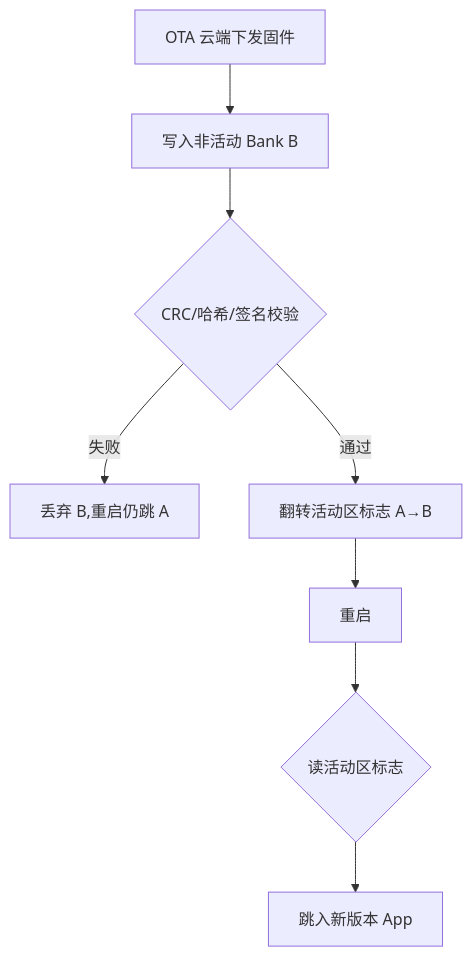
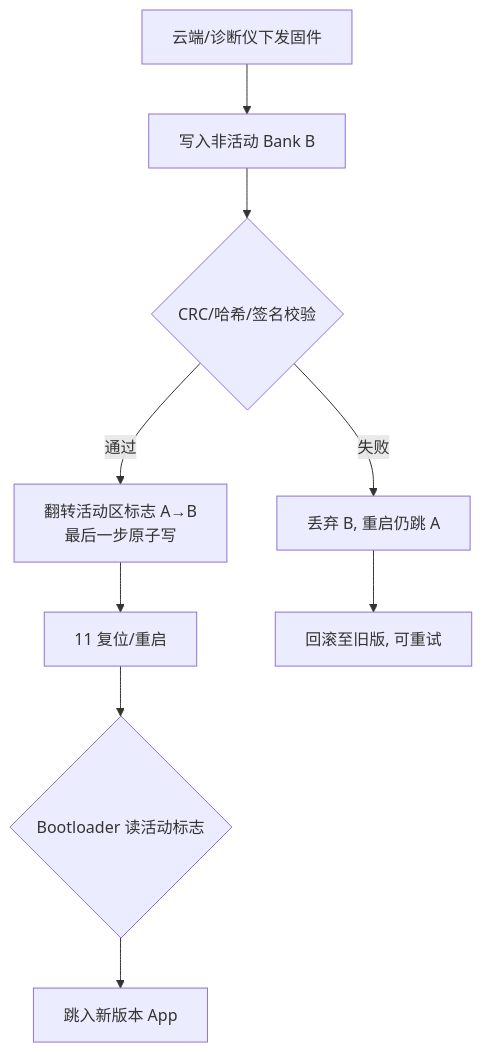
Before and after one commit to 1208826038/embedded-skill-notes: diagram 11 of 13 in articles/11-diag-uds-bootloader.md, drawn with Mermaid. The commit also changed other lines of this file, not shown here.

````diff
--- a/articles/11-diag-uds-bootloader.md
+++ b/articles/11-diag-uds-bootloader.md
@@ -88,10 +882,11 @@
 ```mermaid
 flowchart TD
-    A[OTA 云端下发固件] --> B[写入非活动 Bank B]
+    A[云端/诊断仪下发固件] --> B[写入非活动 Bank B]
     B --> C{CRC/哈希/签名校验}
-    C -- 失败 --> D[丢弃 B,重启仍跳 A]
-    C -- 通过 --> E[翻转活动区标志 A→B]
-    E --> F[重启]
-    F --> G{读活动区标志}
+    C -- 失败 --> D[丢弃 B, 重启仍跳 A]
+    C -- 通过 --> E[翻转活动区标志 A→B<br/>最后一步原子写]
+    E --> F[11 复位/重启]
+    F --> G{Bootloader 读活动标志}
     G --> H[跳入新版本 App]
+    D --> I[回滚至旧版, 可重试]
 ```
````
